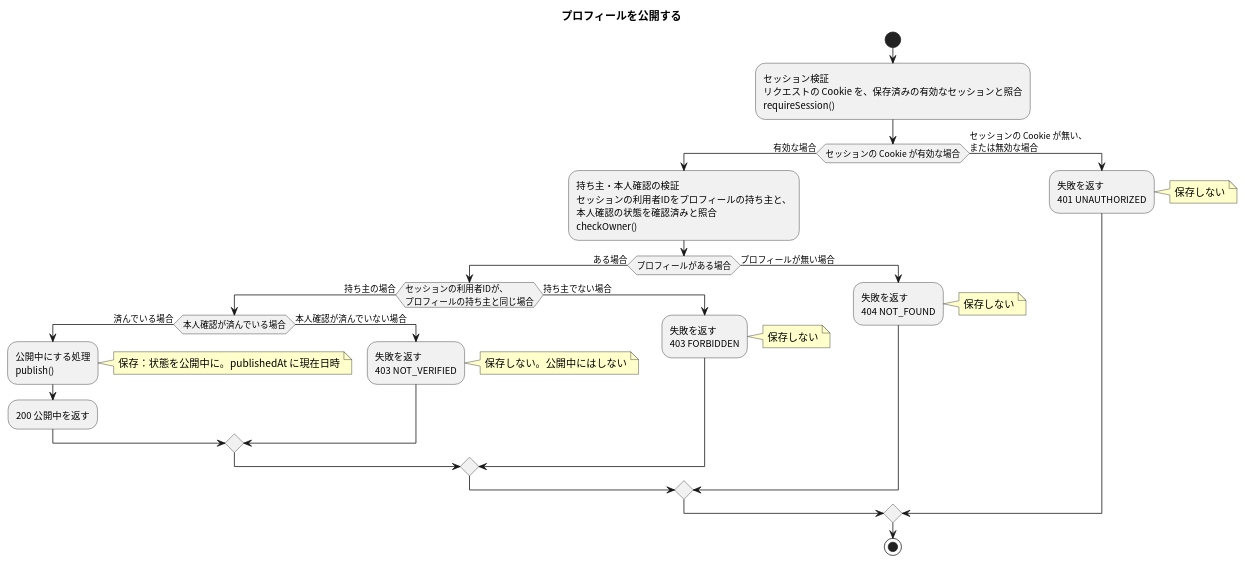
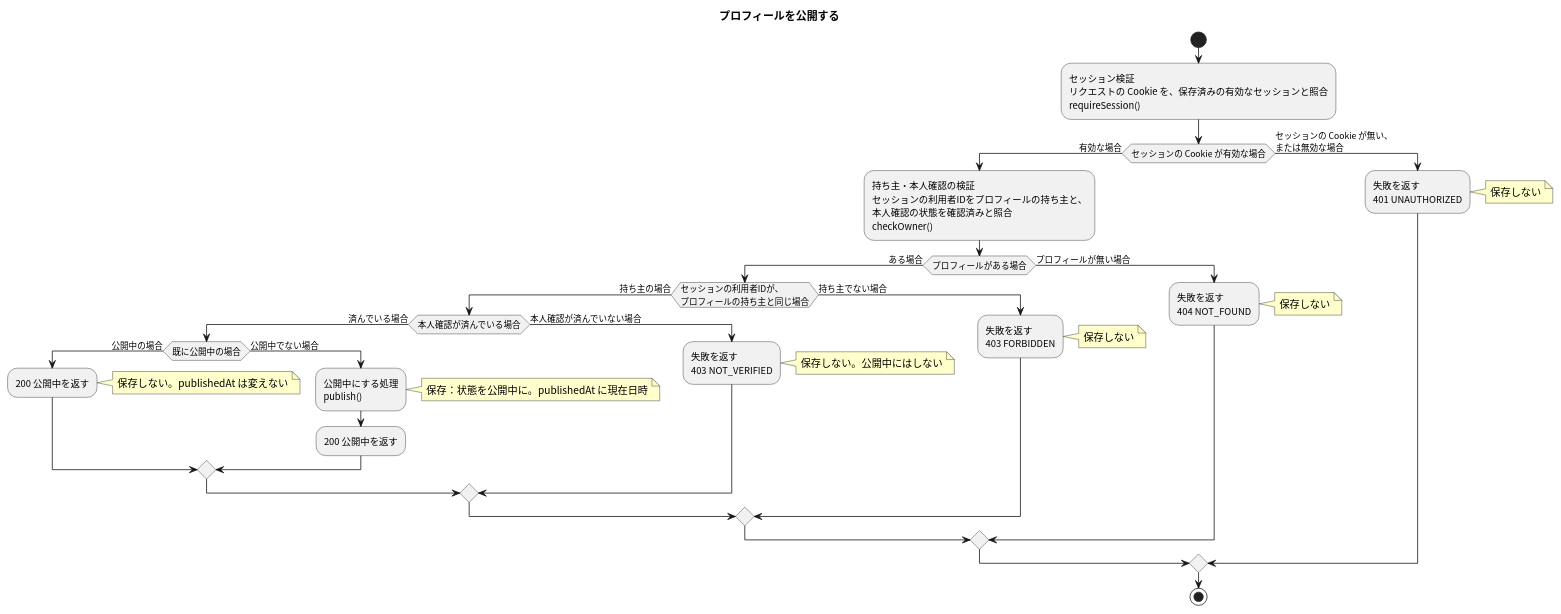
The diagram in apis/publish-profile/flow.puml (masamasamasato/design-doc-template), drawn with PlantUML before and after one commit. The commit also changed 34 other files, not shown here.

```diff
--- a/apis/publish-profile/flow.puml
+++ b/apis/publish-profile/flow.puml
@@ -3,36 +3,41 @@
 @startuml
 skinparam shadowing false
 skinparam defaultFontName "Noto Sans CJK JP"
 skinparam ActivityFontName "Noto Sans CJK JP"
 skinparam NoteBackgroundColor #FFFFCC
 
 title プロフィールを公開する
 
 start
 :セッション検証\nリクエストの Cookie を、保存済みの有効なセッションと照合\nrequireSession();
 if (セッションの Cookie が有効な場合) then (有効な場合)
   :持ち主・本人確認の検証\nセッションの利用者IDをプロフィールの持ち主と、\n本人確認の状態を確認済みと照合\ncheckOwner();
   if (プロフィールがある場合) then (ある場合)
     if (セッションの利用者IDが、\nプロフィールの持ち主と同じ場合) then (持ち主の場合)
       if (本人確認が済んでいる場合) then (済んでいる場合)
-        :公開中にする処理\npublish();
-        note right: 保存：状態を公開中に。publishedAt に現在日時
-        :200 公開中を返す;
+        if (既に公開中の場合) then (公開中の場合)
+          :200 公開中を返す;
+          note right: 保存しない。publishedAt は変えない
+        else (公開中でない場合)
+          :公開中にする処理\npublish();
+          note right: 保存：状態を公開中に。publishedAt に現在日時
+          :200 公開中を返す;
+        endif
       else (本人確認が済んでいない場合)
         :失敗を返す\n403 NOT_VERIFIED;
         note right: 保存しない。公開中にはしない
       endif
     else (持ち主でない場合)
       :失敗を返す\n403 FORBIDDEN;
       note right: 保存しない
     endif
   else (プロフィールが無い場合)
     :失敗を返す\n404 NOT_FOUND;
     note right: 保存しない
   endif
 else (セッションの Cookie が無い、\nまたは無効な場合)
   :失敗を返す\n401 UNAUTHORIZED;
   note right: 保存しない
 endif
 stop
 @enduml
```
